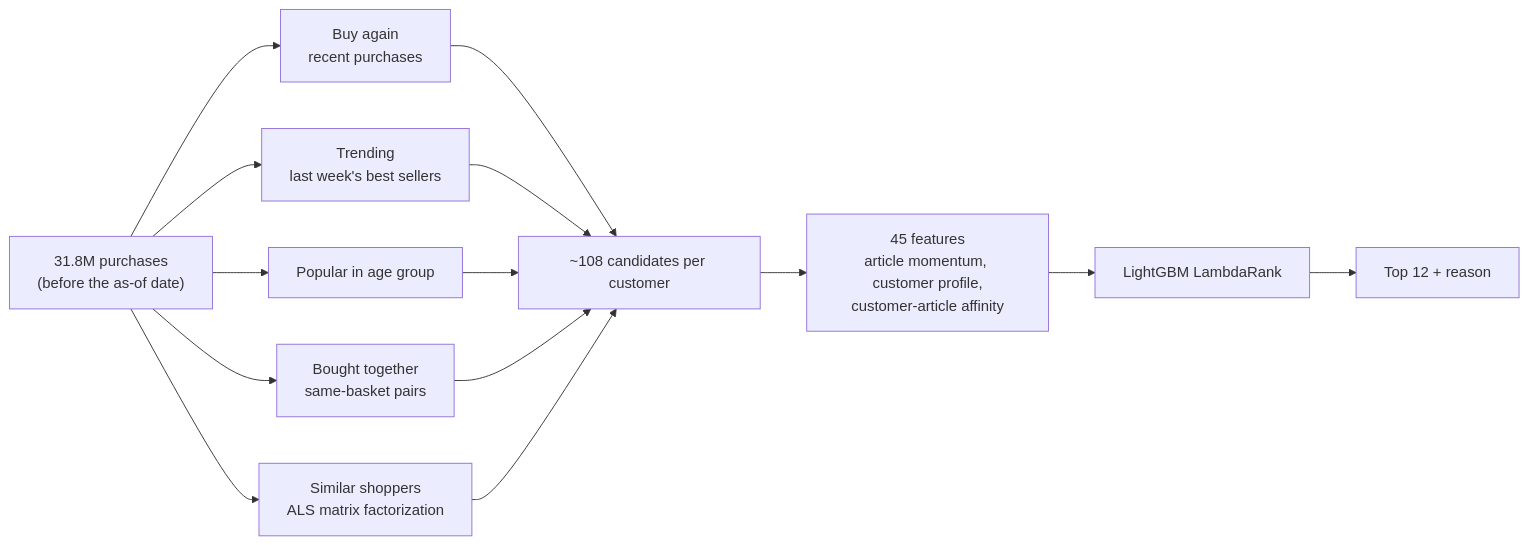
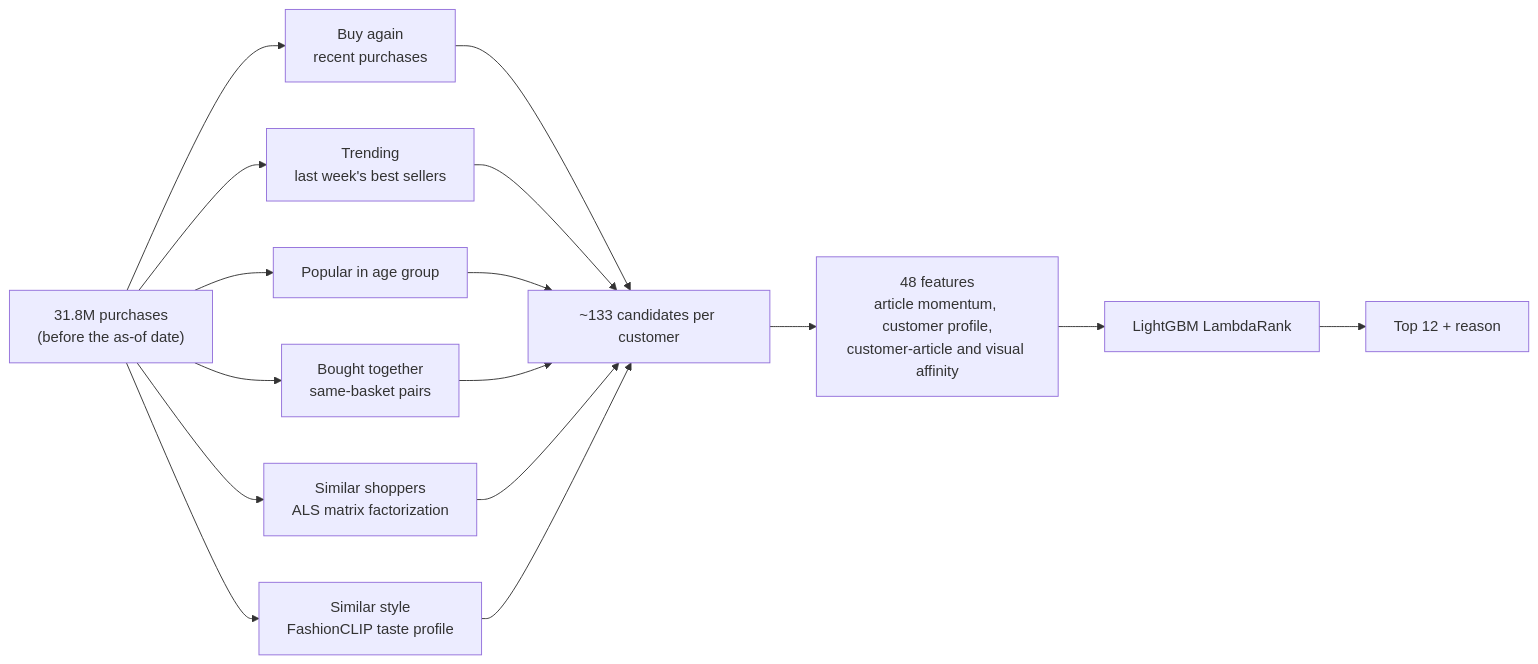
Before and after one commit to mehulp007/ECommerce-Intelligence-Engine: the second of 2 diagrams in README.md, drawn with Mermaid. The commit also changed other lines of this file and 19 other files, not shown here.

First line of the commit message:
Add FashionCLIP product search and visual taste signals (phase 3)

````diff
--- a/README.md
+++ b/README.md
@@ -69,12 +69,13 @@
 ```mermaid
 flowchart LR
     TX["31.8M purchases<br/>(before the as-of date)"] --> R["Buy again<br/>recent purchases"]
     TX --> P["Trending<br/>last week's best sellers"]
     TX --> A["Popular in age group"]
     TX --> C["Bought together<br/>same-basket pairs"]
     TX --> M["Similar shoppers<br/>ALS matrix factorization"]
-    R & P & A & C & M --> U["~108 candidates per customer"]
-    U --> F["45 features<br/>article momentum, customer profile,<br/>customer-article affinity"]
+    TX --> S["Similar style<br/>FashionCLIP taste profile"]
+    R & P & A & C & M & S --> U["~133 candidates per customer"]
+    U --> F["48 features<br/>article momentum, customer profile,<br/>customer-article and visual affinity"]
     F --> L["LightGBM LambdaRank"]
     L --> T["Top 12 + reason"]
 ```
````
